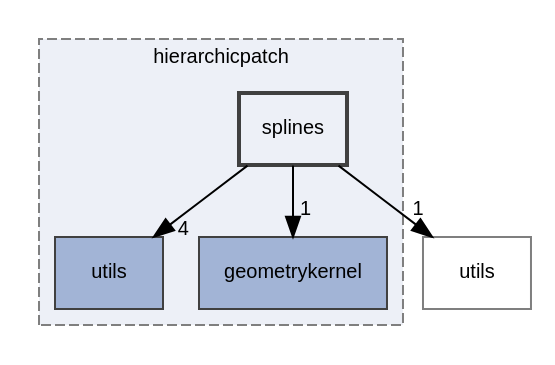
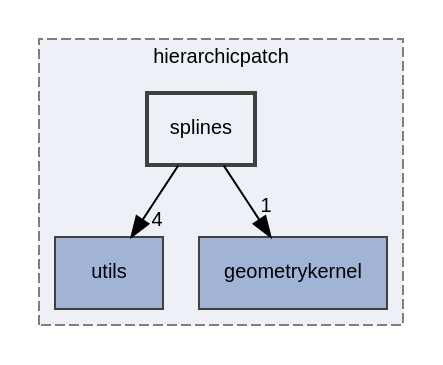
Before and after one commit to rath3t/dune-iga-doc: the diagram in dir_db7a8382cbcdbcaaeb9c3dd2ed6d6157_dep.dot, drawn with Graphviz. The commit also changed 877 other files, not shown here.

```diff
--- a/dir_db7a8382cbcdbcaaeb9c3dd2ed6d6157_dep.dot
+++ b/dir_db7a8382cbcdbcaaeb9c3dd2ed6d6157_dep.dot
@@ -1,17 +1,15 @@
 digraph "splines"
 {
  // LATEX_PDF_SIZE
   edge [fontname="Helvetica",fontsize="10",labelfontname="Helvetica",labelfontsize="10"];
   node [fontname="Helvetica",fontsize="10",shape=record];
   compound=true
   subgraph clusterdir_12fc9e68aad46ae2d80ba50ef1c96d76 {
     graph [ bgcolor="#edf0f7", pencolor="grey50", style="filled,dashed,", label="hierarchicpatch", fontname="Helvetica", fontsize="10", URL="dir_12fc9e68aad46ae2d80ba50ef1c96d76.html"]
   dir_29e36e3869dd8211c6d429092de827ad [shape=box, label="utils", style="filled,", fillcolor="#a2b4d6", color="grey25", URL="dir_29e36e3869dd8211c6d429092de827ad.html"];
   dir_dd59cf058be4b87402b3a744c5ea20b5 [shape=box, label="geometrykernel", style="filled,", fillcolor="#a2b4d6", color="grey25", URL="dir_dd59cf058be4b87402b3a744c5ea20b5.html"];
   dir_db7a8382cbcdbcaaeb9c3dd2ed6d6157 [shape=box, label="splines", style="filled,bold,", fillcolor="#edf0f7", color="grey25", URL="dir_db7a8382cbcdbcaaeb9c3dd2ed6d6157.html"];
   }
-  dir_054fedf05f142c88b967e78541d2ed3d [shape=box, label="utils", style="", fillcolor="#edf0f7", color="grey50", URL="dir_054fedf05f142c88b967e78541d2ed3d.html"];
-  dir_db7a8382cbcdbcaaeb9c3dd2ed6d6157->dir_054fedf05f142c88b967e78541d2ed3d [headlabel="1", labeldistance=1.5 headhref="dir_000010_000013.html"];
   dir_db7a8382cbcdbcaaeb9c3dd2ed6d6157->dir_29e36e3869dd8211c6d429092de827ad [headlabel="4", labeldistance=1.5 headhref="dir_000010_000012.html"];
   dir_db7a8382cbcdbcaaeb9c3dd2ed6d6157->dir_dd59cf058be4b87402b3a744c5ea20b5 [headlabel="1", labeldistance=1.5 headhref="dir_000010_000003.html"];
 }
```
